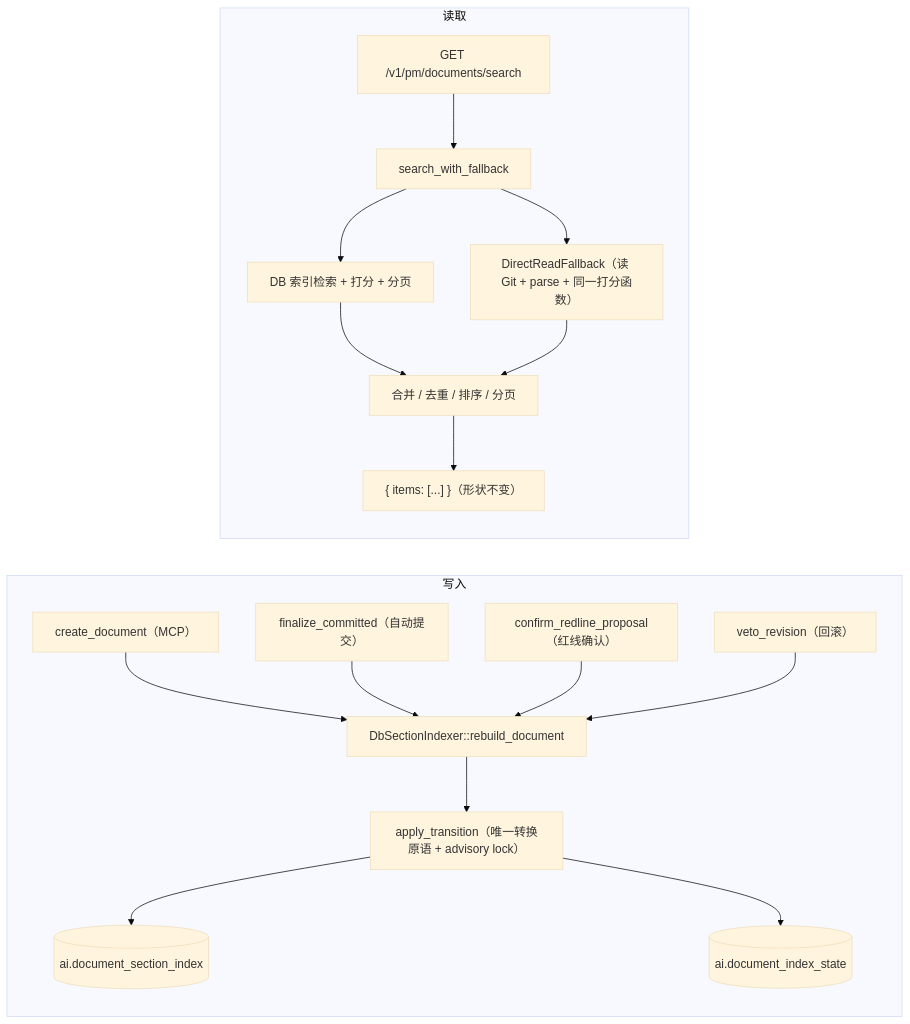
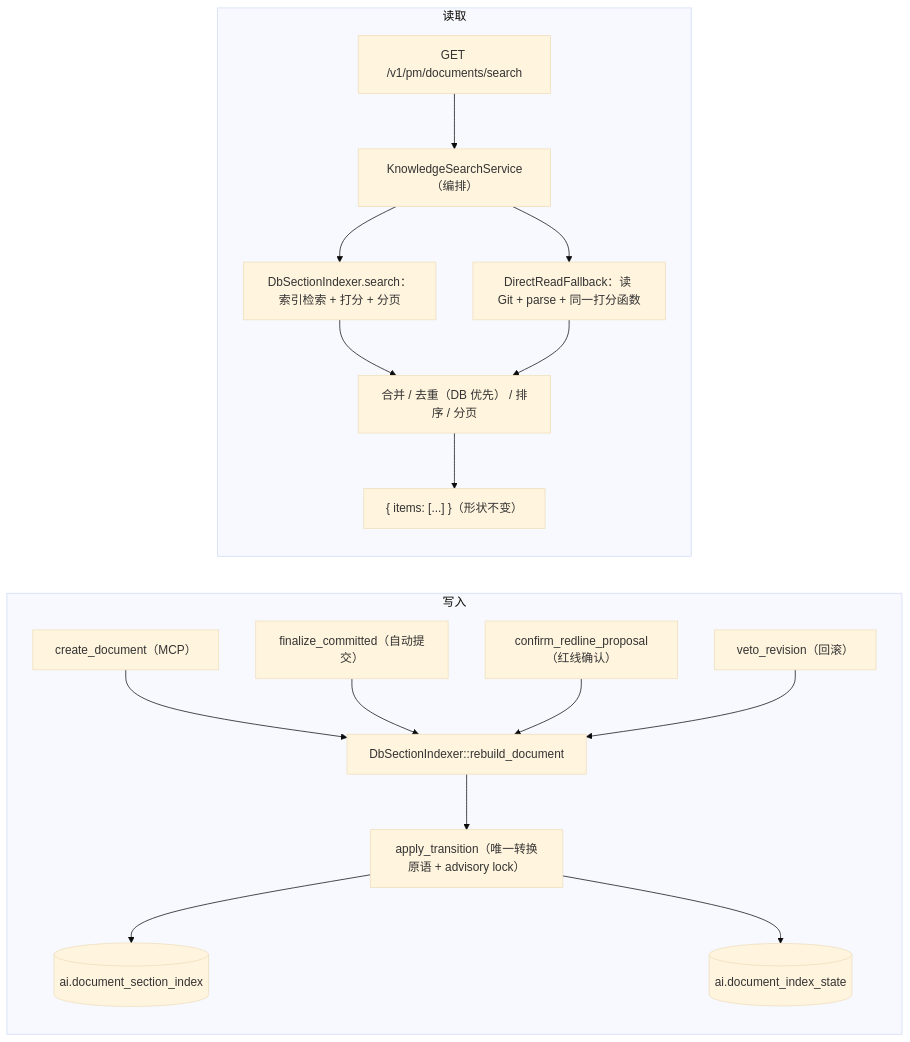
Before and after one commit to luqizheng/ai-pm: the diagram in docs/ai-pm-t060-knowledge-index-v1.md, drawn with Mermaid (base theme). The commit also changed other lines of this file, not shown here.

First line of the commit message:
docs(knowledge-index): T-060 设计稿 v1.2（收录专家评审 v2 全文并逐条处置）

````diff
--- a/docs/ai-pm-t060-knowledge-index-v1.md
+++ b/docs/ai-pm-t060-knowledge-index-v1.md
@@ -74,20 +92,20 @@
 ```mermaid
 flowchart LR
   subgraph 写入
     P1["create_document（MCP）"] --> RB
     P2["finalize_committed（自动提交）"] --> RB
     P3["confirm_redline_proposal（红线确认）"] --> RB
     P4["veto_revision（回滚）"] --> RB
     RB["DbSectionIndexer::rebuild_document"] --> TR["apply_transition（唯一转换原语 + advisory lock）"]
     TR --> T1[("ai.document_section_index")]
     TR --> T2[("ai.document_index_state")]
   end
   subgraph 读取
-    Q["GET /v1/pm/documents/search"] --> S["search_with_fallback"]
-    S --> DB["DB 索引检索 + 打分 + 分页"]
-    S --> FB["DirectReadFallback（读 Git + parse + 同一打分函数）"]
-    DB --> M["合并 / 去重 / 排序 / 分页"]
+    Q["GET /v1/pm/documents/search"] --> S["KnowledgeSearchService（编排）"]
+    S --> DB["DbSectionIndexer.search：索引检索 + 打分 + 分页"]
+    S --> FB["DirectReadFallback：读 Git + parse + 同一打分函数"]
+    DB --> M["合并 / 去重（DB 优先） / 排序 / 分页"]
     FB --> M
     M --> R["{ items: [...] }（形状不变）"]
   end
 ```
````
